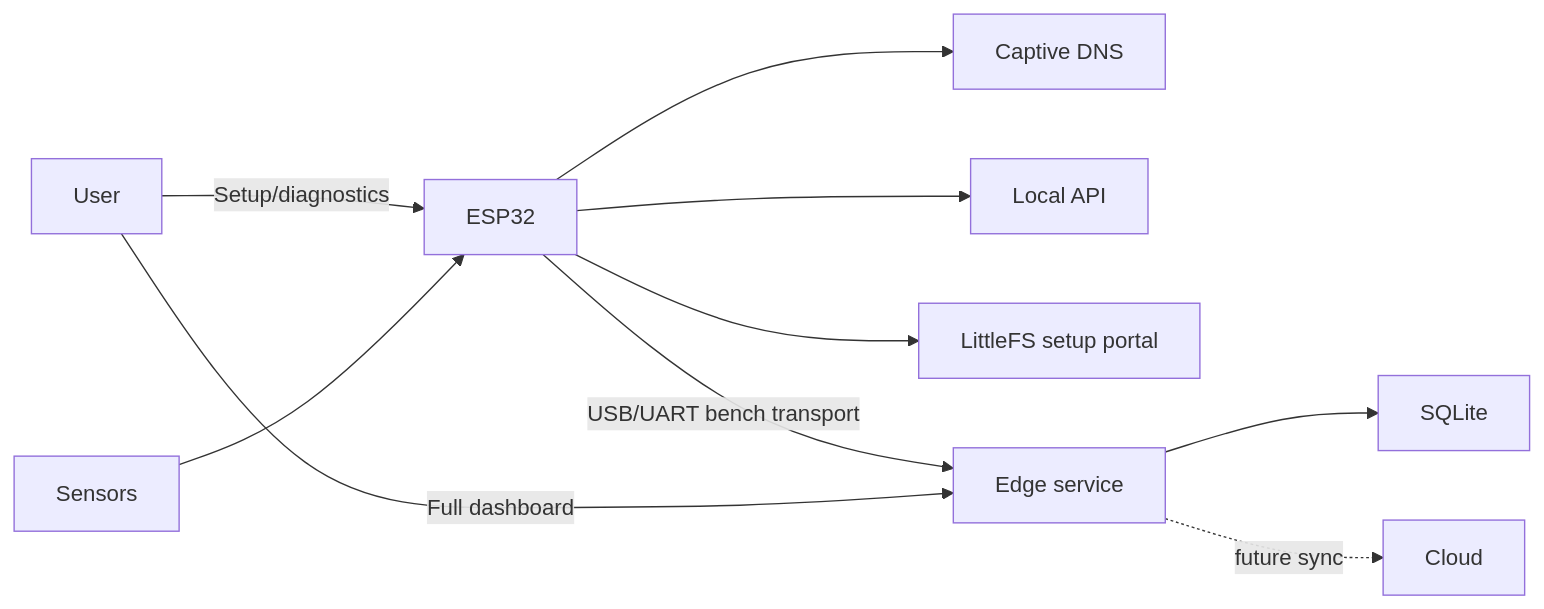
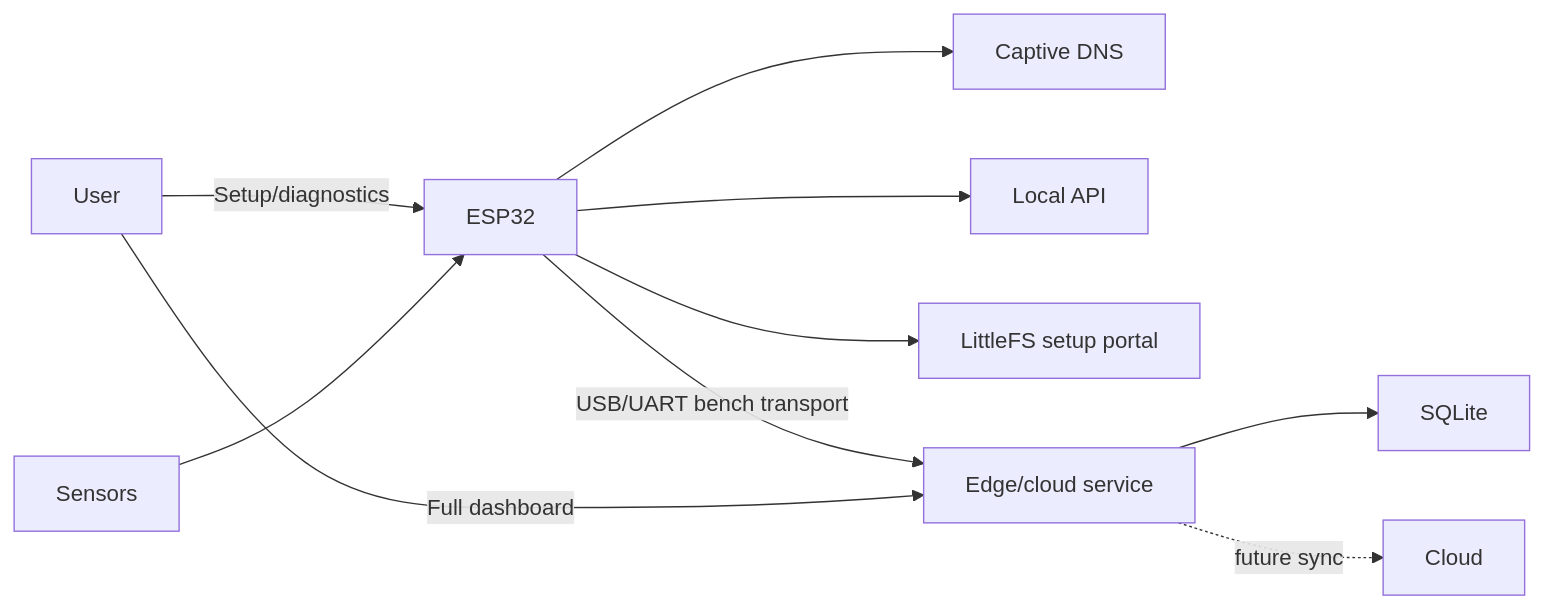
Before and after one commit to Ruzz-1010/Project-FALCON-01: the diagram in docs/SYSTEM_ARCHITECTURE.md, drawn with Mermaid. The commit also changed other lines of this file and 49 other files, not shown here.

````diff
--- a/docs/SYSTEM_ARCHITECTURE.md
+++ b/docs/SYSTEM_ARCHITECTURE.md
@@ -13,12 +13,12 @@
 ```mermaid
 flowchart LR
   User -->|Setup/diagnostics| ESP32
   ESP32 --> DNS[Captive DNS]
   ESP32 --> API[Local API]
   ESP32 --> FS[LittleFS setup portal]
   Sensors --> ESP32
-  ESP32 -->|USB/UART bench transport| Edge[Edge service]
+  ESP32 -->|USB/UART bench transport| Edge[Edge/cloud service]
   User -->|Full dashboard| Edge
   Edge --> DB[SQLite]
   Edge -. future sync .-> Cloud
 ```
````
